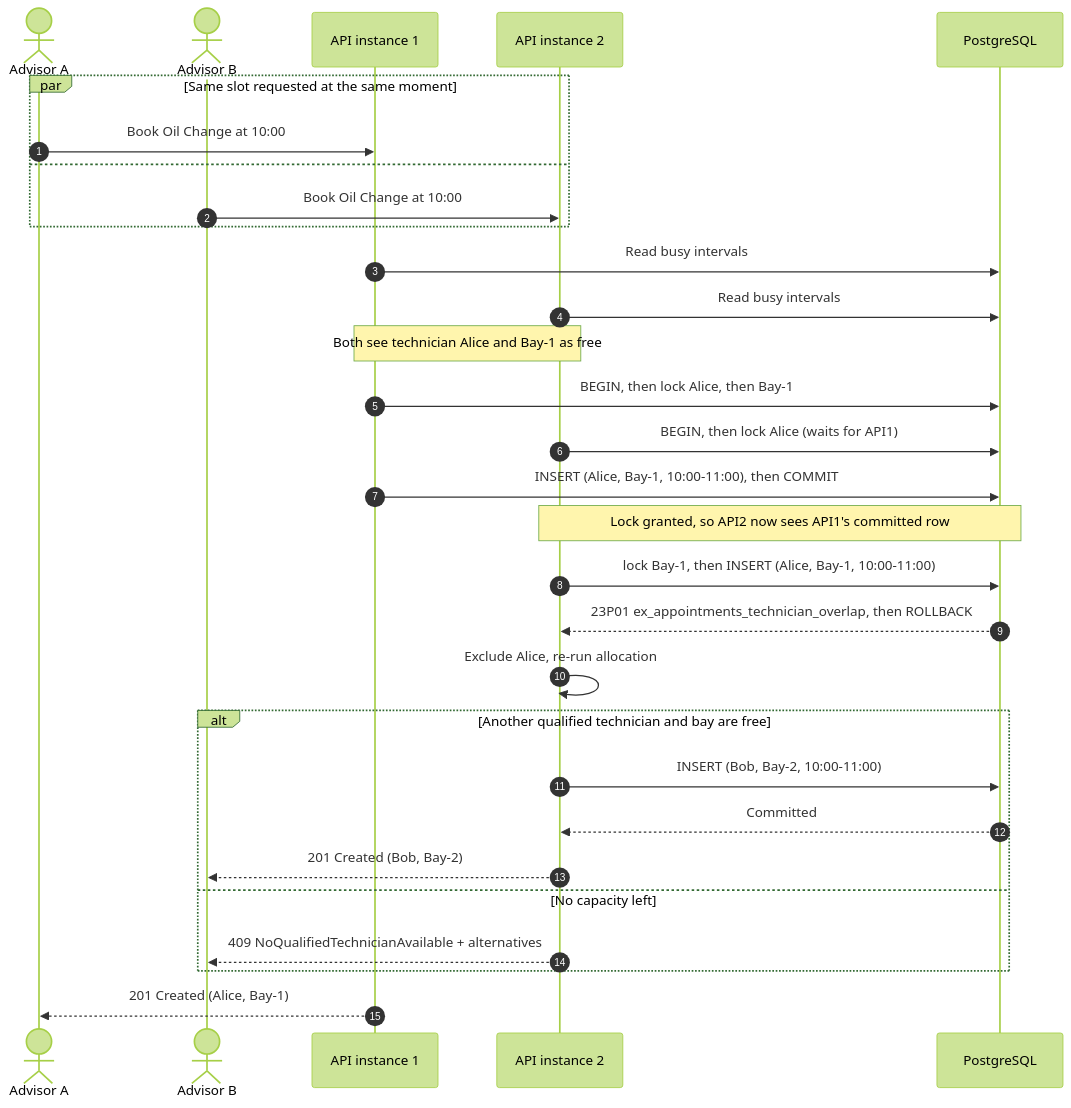
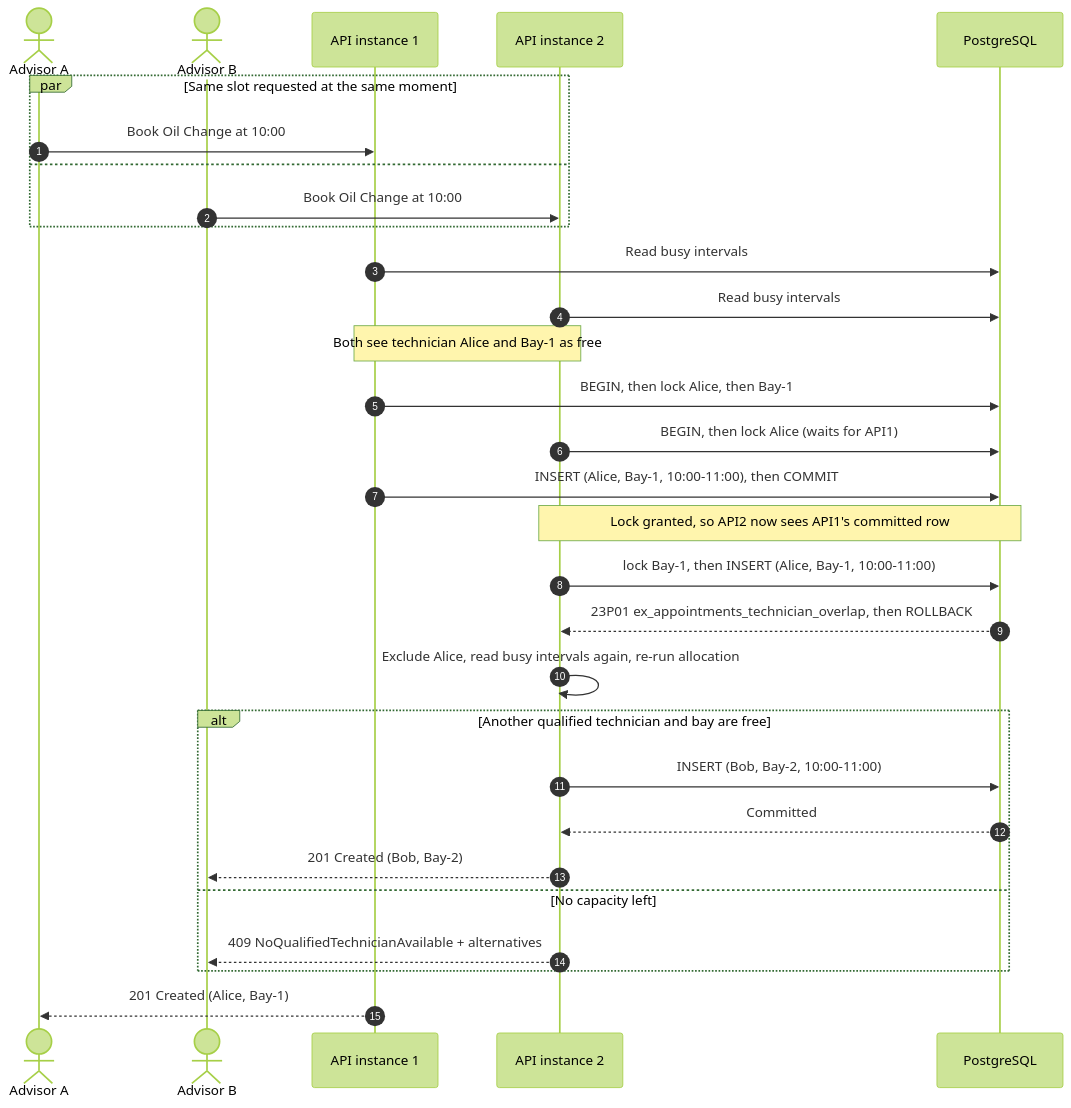
One commit to VietDangiT/unified-service-scheduler changed the ninth of 10 diagrams in docs/system-design.md. Above: the diagram before and after it, drawn with Mermaid (forest theme). The commit also changed other lines of this file and 13 other files, not shown here.

````diff
--- a/docs/system-design.md
+++ b/docs/system-design.md
@@ -793,36 +793,36 @@
 ```mermaid
 sequenceDiagram
     autonumber
     actor A as Advisor A
     actor B as Advisor B
     participant API1 as API instance 1
     participant API2 as API instance 2
     participant DB as PostgreSQL
 
     par Same slot requested at the same moment
         A->>API1: Book Oil Change at 10:00
     and
         B->>API2: Book Oil Change at 10:00
     end
 
     API1->>DB: Read busy intervals
     API2->>DB: Read busy intervals
     Note over API1,API2: Both see technician Alice and Bay-1 as free
 
     API1->>DB: BEGIN, then lock Alice, then Bay-1
     API2->>DB: BEGIN, then lock Alice (waits for API1)
     API1->>DB: INSERT (Alice, Bay-1, 10:00-11:00), then COMMIT
     Note over API2,DB: Lock granted, so API2 now sees API1's committed row
     API2->>DB: lock Bay-1, then INSERT (Alice, Bay-1, 10:00-11:00)
     DB-->>API2: 23P01 ex_appointments_technician_overlap, then ROLLBACK
 
-    API2->>API2: Exclude Alice, re-run allocation
+    API2->>API2: Exclude Alice, read busy intervals again, re-run allocation
     alt Another qualified technician and bay are free
         API2->>DB: INSERT (Bob, Bay-2, 10:00-11:00)
         DB-->>API2: Committed
         API2-->>B: 201 Created (Bob, Bay-2)
     else No capacity left
         API2-->>B: 409 NoQualifiedTechnicianAvailable + alternatives
     end
     API1-->>A: 201 Created (Alice, Bay-1)
 ```
````
